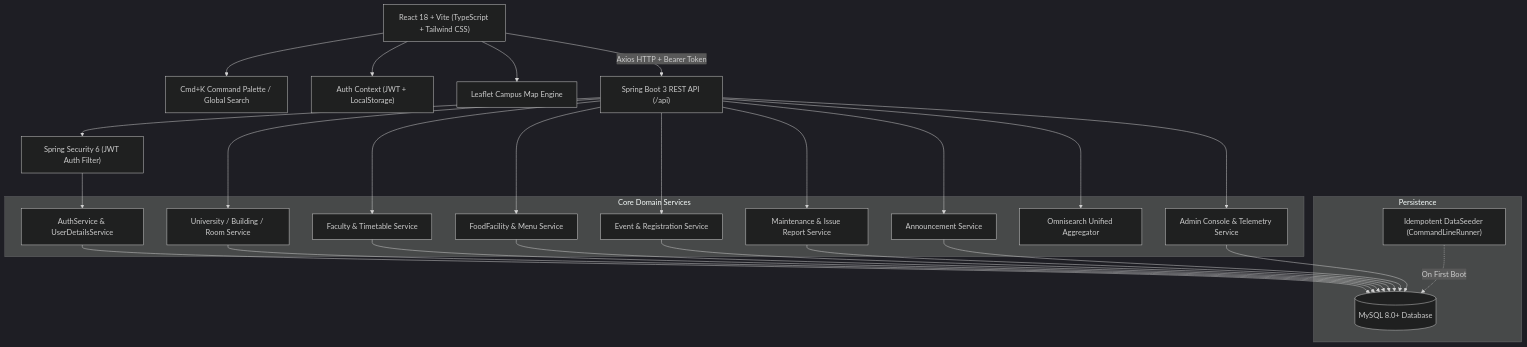
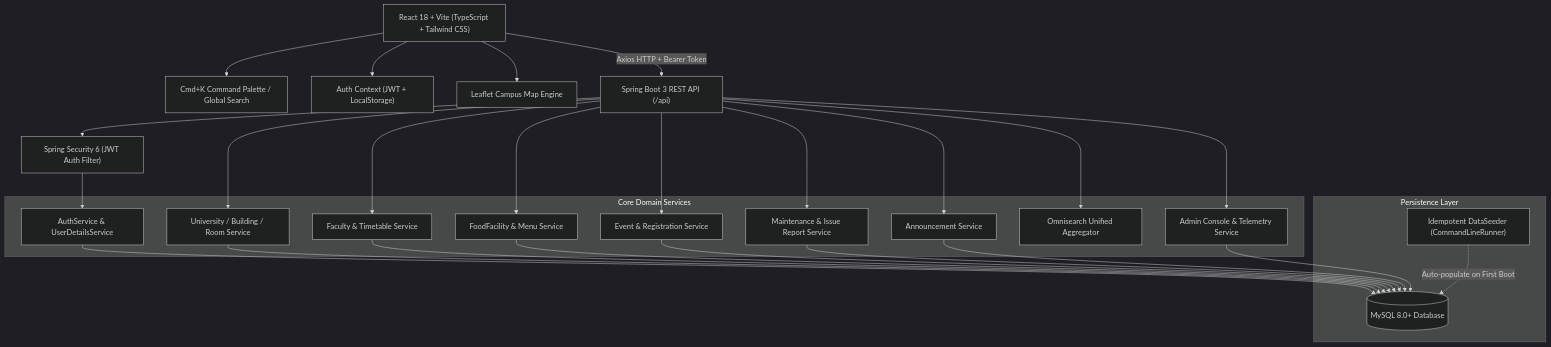
One commit to miheer2003/Uni-Yaar changed the diagram in README.md. Above: the diagram before and after it, drawn with Mermaid (dark theme). The commit also changed other lines of this file, not shown here.

````diff
--- a/README.md
+++ b/README.md
@@ -47,54 +110,54 @@
 ```mermaid
 graph TD
     Client["React 18 + Vite (TypeScript + Tailwind CSS)"]
     CmdK["Cmd+K Command Palette / Global Search"]
     AuthCtx["Auth Context (JWT + LocalStorage)"]
     LeafletMap["Leaflet Campus Map Engine"]
 
     Client --> CmdK
     Client --> AuthCtx
     Client --> LeafletMap
 
     Gateway["Spring Boot 3 REST API (/api)"]
     Client -->|Axios HTTP + Bearer Token| Gateway
 
     SecFilter["Spring Security 6 (JWT Auth Filter)"]
     Gateway --> SecFilter
 
     subgraph "Core Domain Services"
         AuthSvc["AuthService & UserDetailsService"]
         CampusSvc["University / Building / Room Service"]
         FacultySvc["Faculty & Timetable Service"]
         FoodSvc["FoodFacility & Menu Service"]
         EventSvc["Event & Registration Service"]
         MaintSvc["Maintenance & Issue Report Service"]
         NoticeSvc["Announcement Service"]
         SearchSvc["Omnisearch Unified Aggregator"]
         AdminSvc["Admin Console & Telemetry Service"]
     end
 
     SecFilter --> AuthSvc
     Gateway --> CampusSvc
     Gateway --> FacultySvc
     Gateway --> FoodSvc
     Gateway --> EventSvc
     Gateway --> MaintSvc
     Gateway --> NoticeSvc
     Gateway --> SearchSvc
     Gateway --> AdminSvc
 
-    subgraph "Persistence"
+    subgraph "Persistence Layer"
         MySQL[("MySQL 8.0+ Database")]
         Seeder["Idempotent DataSeeder (CommandLineRunner)"]
     end
 
     AuthSvc --> MySQL
     CampusSvc --> MySQL
     FacultySvc --> MySQL
     FoodSvc --> MySQL
     EventSvc --> MySQL
     MaintSvc --> MySQL
     NoticeSvc --> MySQL
     AdminSvc --> MySQL
-    Seeder -.->|On First Boot| MySQL
+    Seeder -.->|Auto-populate on First Boot| MySQL
 ```
````
